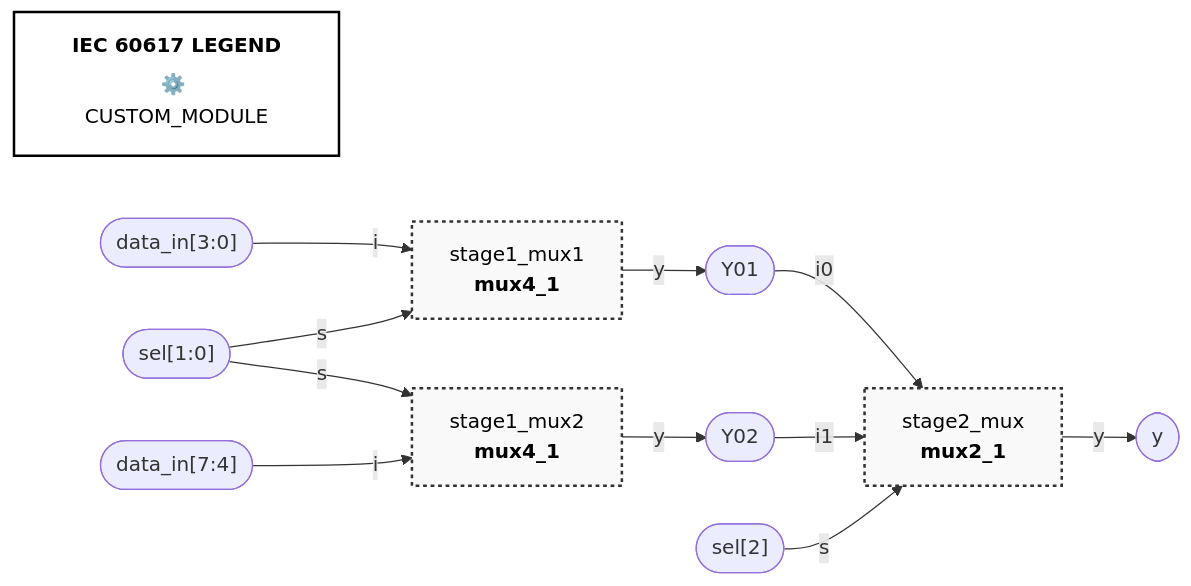
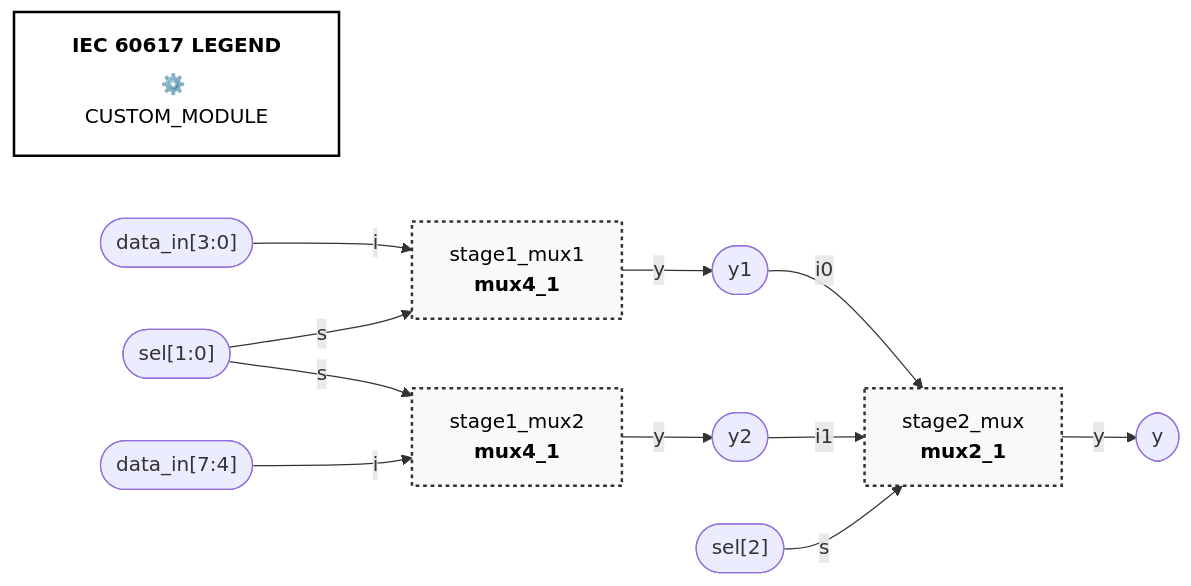
The second of 2 diagrams in README.md (GizmoKnPi/Netlist2Mermaid-CI-Pipeline), drawn with Mermaid before and after one commit. The commit also changed 1 other file, not shown here.

Commit message:
netlist upated

````diff
--- a/README.md
+++ b/README.md
@@ -50,31 +50,31 @@
 ```mermaid
 graph LR;
     %% --- COLOR CLASSES ---
     classDef AND_GATE fill:#AEC6CF,stroke:#333,stroke-width:2px,color:#000;
     classDef OR_GATE fill:#77DD77,stroke:#333,stroke-width:2px,color:#000;
     classDef XOR_GATE fill:#CFCFC4,stroke:#333,stroke-width:2px,color:#000;
     classDef NOT_GATE fill:#FDFD96,stroke:#333,stroke-width:2px,color:#000;
     classDef NAND_GATE fill:#FFB347,stroke:#333,stroke-width:2px,color:#000;
     classDef NOR_GATE fill:#FF6961,stroke:#333,stroke-width:2px,color:#000;
     classDef MUX2X1 fill:#B39EB5,stroke:#333,stroke-width:2px,color:#000;
     classDef CUSTOM_MODULE fill:#8EE1E7,stroke:#333,stroke-width:2px,color:#000;
     classDef DEFAULT_MOD fill:#f9f9f9,stroke:#333,stroke-width:2px,stroke-dasharray: 3 3,color:#000;
 
     LEGEND["<h4 style='margin:0px; padding-bottom:5px; color:black !important;'>IEC 60617 LEGEND</h4><div style='margin-bottom:4px; color:black !important;'><span style='display:inline-block; border:1px dashed #333; background:#f9f9f9; padding:2px 8px; border-radius:3px; width:35px; text-align:center;'><b style='color:black !important;'>⚙️</b></span> CUSTOM_MODULE</div>"]
     style LEGEND fill:#ffffff,stroke:#000,stroke-width:2px
     %% ----------------------------------
 
     stage1_mux1["stage1_mux1<br><b>mux4_1</b>"]:::DEFAULT_MOD
     data_in_3_0_(["data_in[3:0]"]) -->|i| stage1_mux1;
     sel_1_0_(["sel[1:0]"]) -->|s| stage1_mux1;
-    stage1_mux1 -->|y| Y01(["Y01"]);
+    stage1_mux1 -->|y| y1(["y1"]);
     stage1_mux2["stage1_mux2<br><b>mux4_1</b>"]:::DEFAULT_MOD
     data_in_7_4_(["data_in[7:4]"]) -->|i| stage1_mux2;
     sel_1_0_(["sel[1:0]"]) -->|s| stage1_mux2;
-    stage1_mux2 -->|y| Y02(["Y02"]);
+    stage1_mux2 -->|y| y2(["y2"]);
     stage2_mux["stage2_mux<br><b>mux2_1</b>"]:::DEFAULT_MOD
-    Y01(["Y01"]) -->|i0| stage2_mux;
-    Y02(["Y02"]) -->|i1| stage2_mux;
+    y1(["y1"]) -->|i0| stage2_mux;
+    y2(["y2"]) -->|i1| stage2_mux;
     sel_2_(["sel[2]"]) -->|s| stage2_mux;
     stage2_mux -->|y| y(["y"]);
 ```
````
